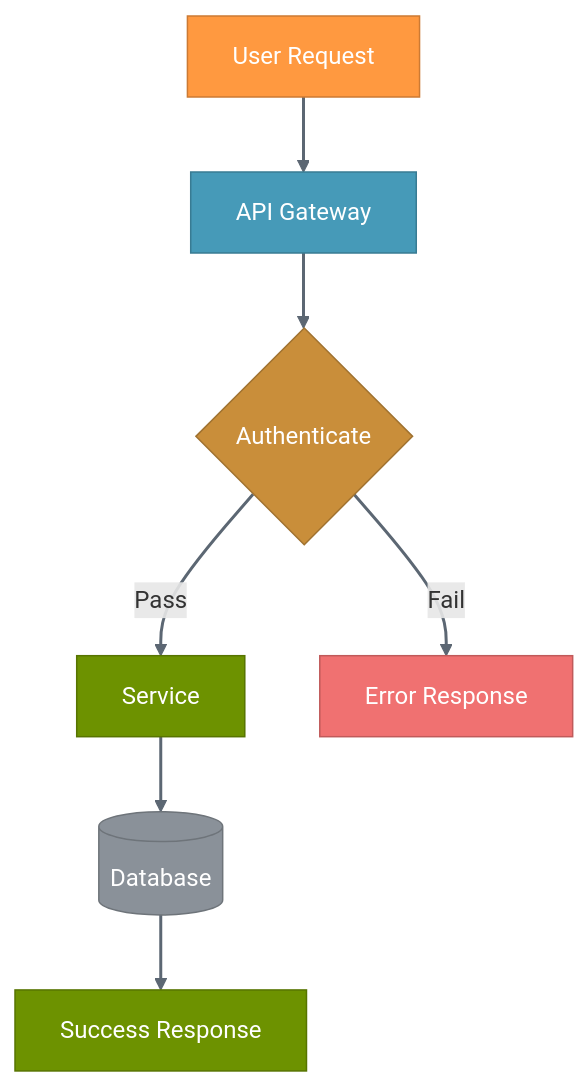
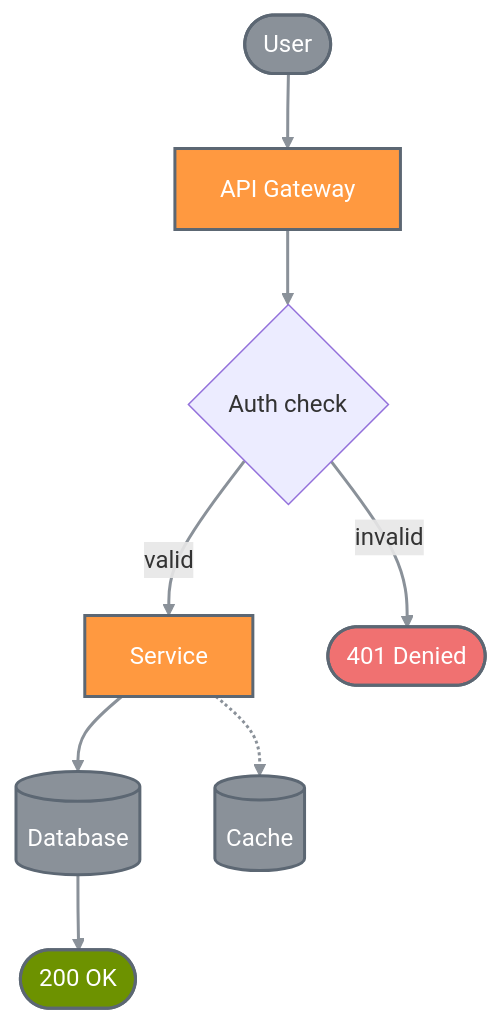
Before and after one commit to mdsakalu/agent-plugins: the first of 24 diagrams in creating-mermaid-diagrams/skills/creating-mermaid-diagrams/references/themes.md, drawn with Mermaid. The commit also changed other lines of this file and 4 other files, not shown here.

First line of the commit message:
refactor(creating-mermaid-diagrams): design-driven styling overhaul

````diff
--- a/creating-mermaid-diagrams/skills/creating-mermaid-diagrams/references/themes.md
+++ b/creating-mermaid-diagrams/skills/creating-mermaid-diagrams/references/themes.md
@@ -82,26 +63,18 @@
 ```mermaid
 flowchart TD
-    user["User Request"] --> api["API Gateway"]
-    api --> auth{"Authenticate"}
-    auth -->|Pass| service["Service"]
-    auth -->|Fail| error["Error Response"]
-    service --> db[("Database")]
-    db --> response["Success Response"]
+    user(["User"]) ==> api["API Gateway"] ==> auth{"Auth check"}
+    auth == valid ==> svc["Service"] ==> db[("Database")] ==> res(["200 OK"])
+    auth -- invalid --> err(["401 Denied"])
+    svc -.-> cache[("Cache")]
 
-    classDef primary fill:#FF9940,stroke:#cc7a33,color:#ffffff
-    classDef secondary fill:#8a9199,stroke:#6e747a,color:#ffffff
-    classDef success fill:#6d9200,stroke:#577400,color:#ffffff
-    classDef warning fill:#c98e3a,stroke:#a07230,color:#ffffff
-    classDef danger fill:#f07171,stroke:#c05a5a,color:#ffffff
-    classDef info fill:#469ab8,stroke:#387b93,color:#ffffff
+    classDef primary fill:#FF9940,stroke:#5C6773,stroke-width:2px,color:#ffffff
+    classDef muted fill:#8a9199,stroke:#5C6773,stroke-width:2px,color:#ffffff
+    classDef success fill:#6d9200,stroke:#5C6773,stroke-width:2px,color:#ffffff
+    classDef danger fill:#f07171,stroke:#5C6773,stroke-width:2px,color:#ffffff
+    linkStyle default stroke:#8a9199,stroke-width:2px
 
-    linkStyle default stroke:#5C6773,stroke-width:2px
-
-    class user primary
-    class api info
-    class auth warning
-    class service success
-    class error danger
-    class db secondary
-    class response success
+    class api,svc primary
+    class user,db,cache muted
+    class res success
+    class err danger
 ```
````
